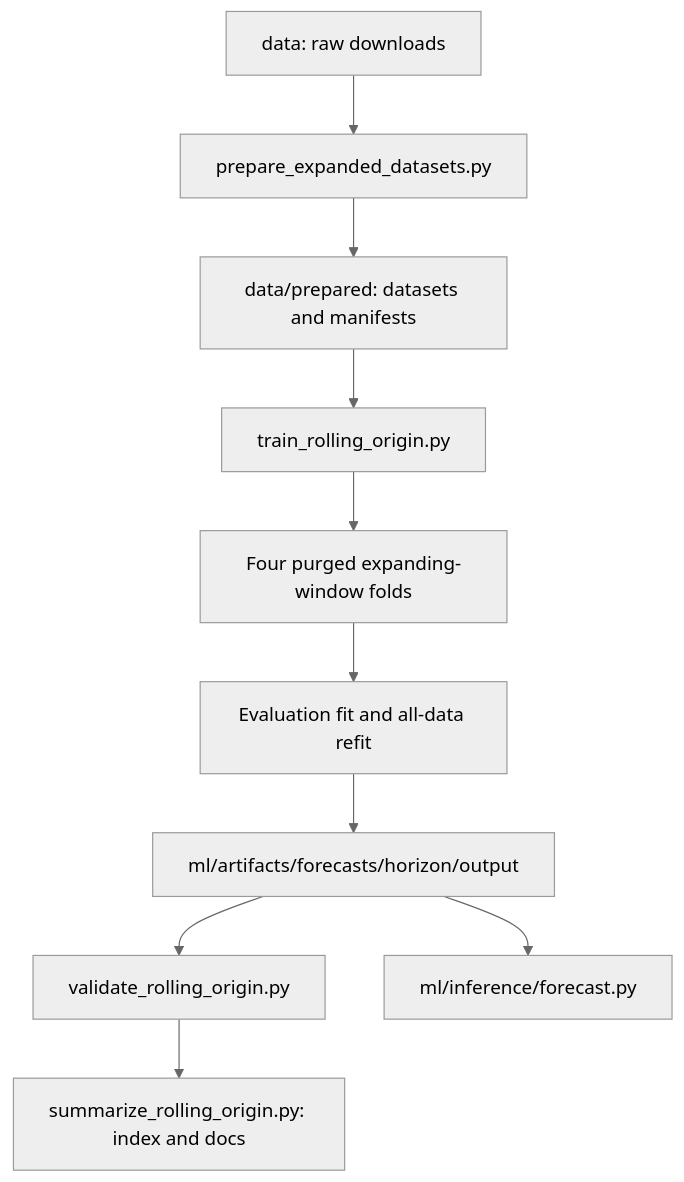
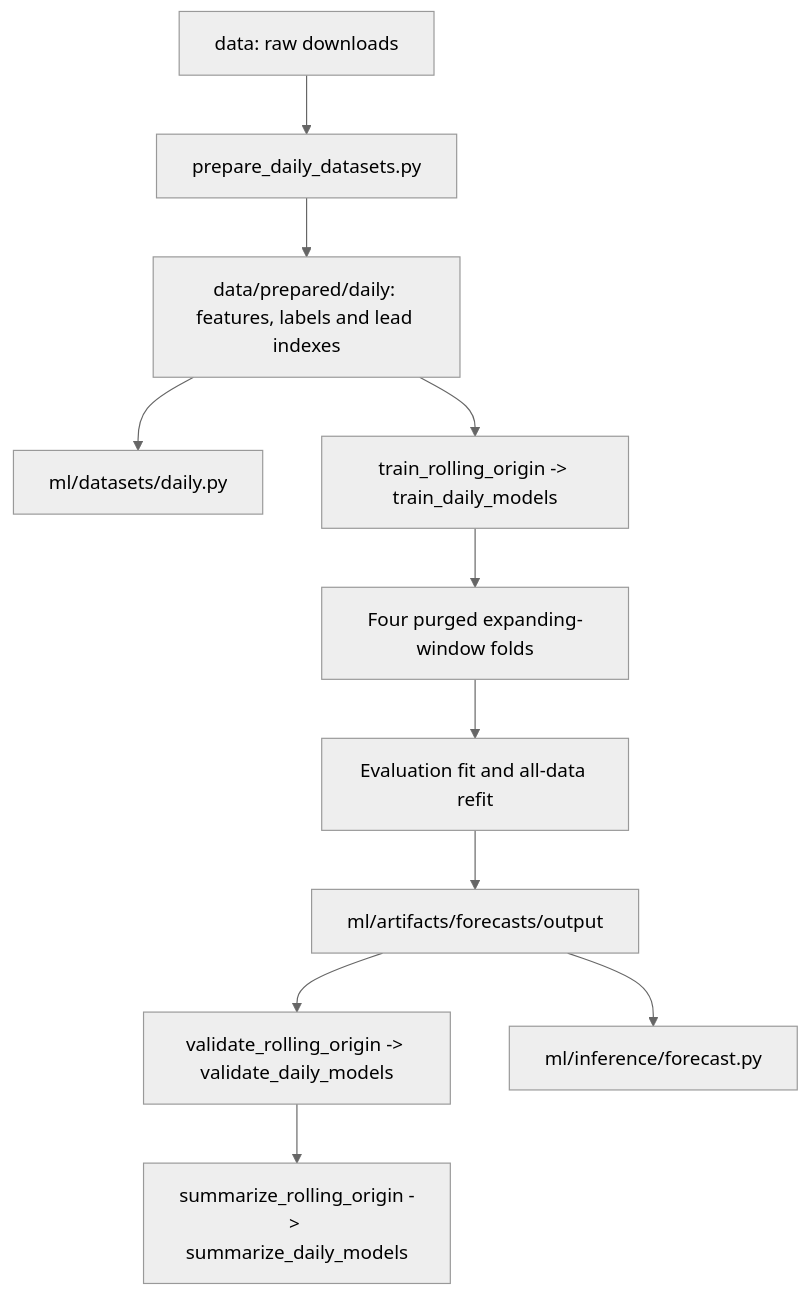
Before and after one commit to Samuelbomc/SpaceApps2026: the diagram in ml/docs/architecture.md, drawn with Mermaid (neutral theme). The commit also changed other lines of this file and 265 other files, not shown here.

Commit message:
Publish daily forecast models and lightweight inference examples

````diff
--- a/ml/docs/architecture.md
+++ b/ml/docs/architecture.md
@@ -5,12 +5,13 @@
 ```mermaid
 flowchart TD
-    Raw["data: raw downloads"] --> Prepare["prepare_expanded_datasets.py"]
-    Prepare --> Dataset["data/prepared: datasets and manifests"]
-    Dataset --> Train["train_rolling_origin.py"]
-    Train --> Folds["Four purged expanding-window folds"]
-    Folds --> Fits["Evaluation fit and all-data refit"]
-    Fits --> Artifacts["ml/artifacts/forecasts/horizon/output"]
-    Artifacts --> Validate["validate_rolling_origin.py"]
-    Validate --> Summary["summarize_rolling_origin.py: index and docs"]
-    Artifacts --> Inference["ml/inference/forecast.py"]
+    Raw["data: raw downloads"] --> Prep["prepare_daily_datasets.py"]
+    Prep --> Data["data/prepared/daily: features, labels and lead indexes"]
+    Data --> Loader["ml/datasets/daily.py"]
+    Data --> Train["train_rolling_origin -> train_daily_models"]
+    Train --> CV["Four purged expanding-window folds"]
+    CV --> Fit["Evaluation fit and all-data refit"]
+    Fit --> Artifacts["ml/artifacts/forecasts/output"]
+    Artifacts --> Validation["validate_rolling_origin -> validate_daily_models"]
+    Validation --> Report["summarize_rolling_origin -> summarize_daily_models"]
+    Artifacts --> Prediction["ml/inference/forecast.py"]
 ```
````
